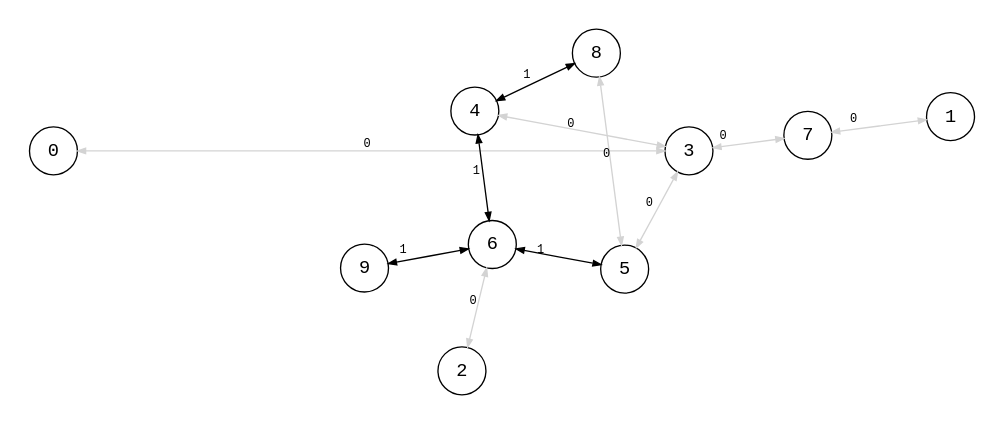
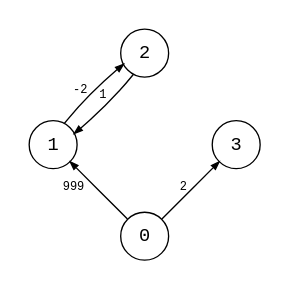
The diagram in src/kattis_shortestpath3.dot (bsdrks/graaf-images), drawn with Graphviz before and after one commit. The commit also changed 9 other files, not shown here.

```diff
--- a/src/kattis_shortestpath3.dot
+++ b/src/kattis_shortestpath3.dot
@@ -1,19 +1,12 @@
 digraph {
     node [shape=circle, fontname="monospace"];
     edge [arrowsize=0.6, fontname="monospace", fontsize=9];
     layout=circo;
-    normalize=true;
     pad=0.2;
 
-    0 -> {3} [dir=both, label="0", color=lightgray];
-    1 -> {7} [dir=both, label="0   ", color=lightgray];
-    2 -> {6} [dir=both, label="0", color=lightgray];
-    3 -> {5} [dir=both, label=" 0", color=lightgray];
-    3 -> {4} [dir=both, label="  0 ", color=lightgray];
-    3 -> {7} [dir=both, label="0   ", color=lightgray];
-    4 -> {6} [dir=both, label="1 "];
-    4 -> {8} [dir=both, label="                       1 "];
-    5 -> {6} [dir=both, label="1  "];
-    5 -> {8} [dir=both, label="0", color=lightgray];
-    6 -> {9} [dir=both, label="1   "];
+    0 -> {1} [label="    999  "];
+    0 -> {3} [label="2"];
+    1 -> {2} [label="-2 "];
+    2 -> {1} [label="1"];
+    2 -> {3} [style=invis];
 }
```
